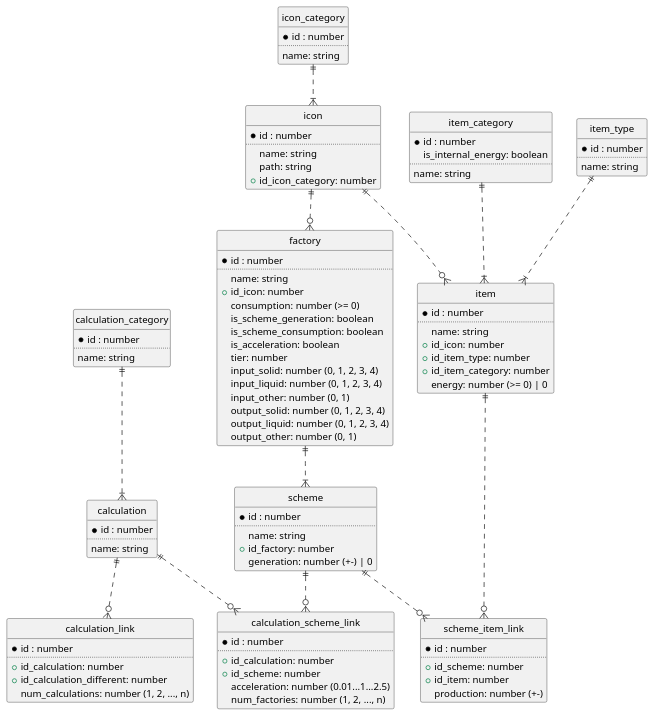
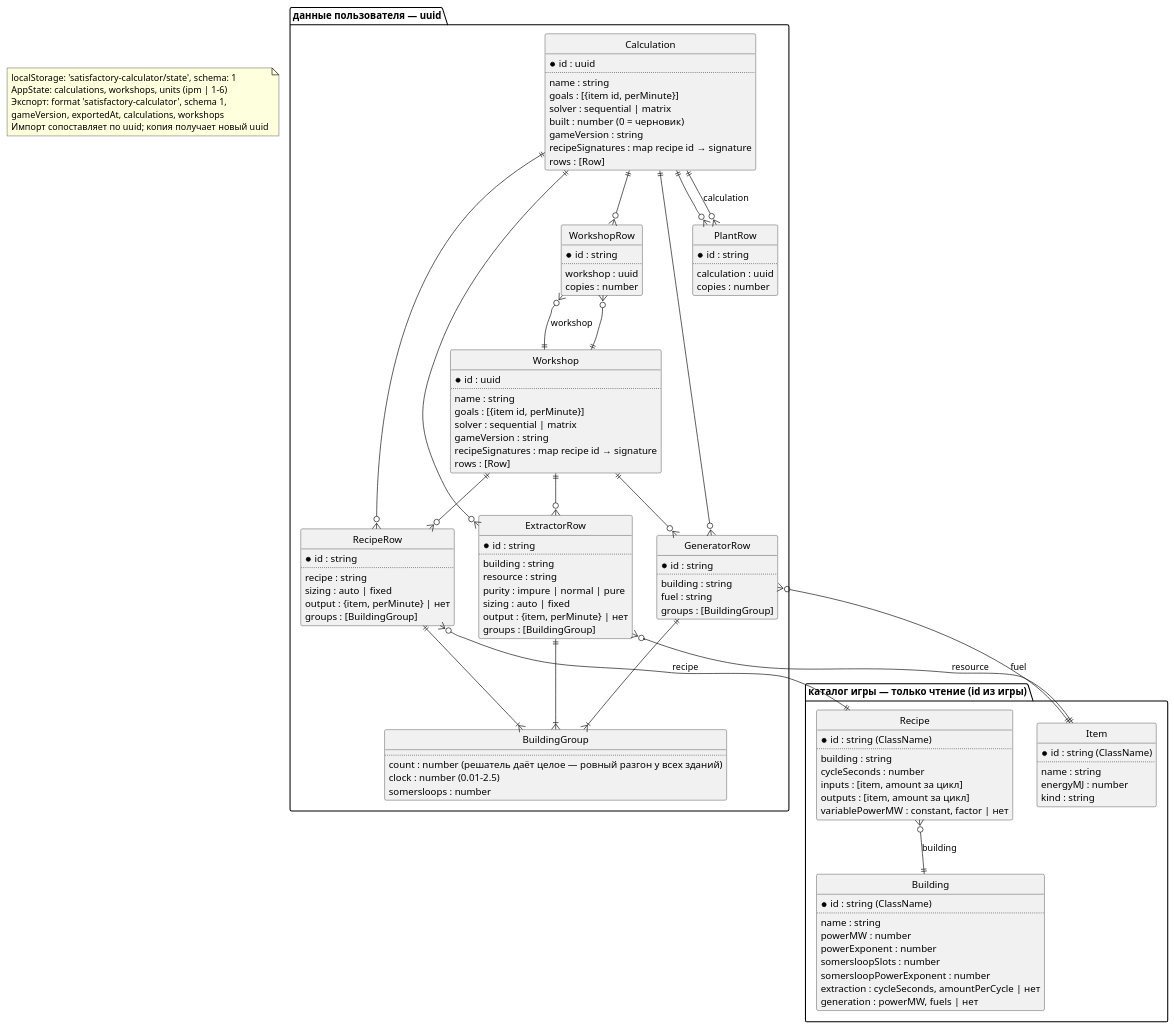
The diagram in docs/scheme/model.puml (Shahimat/SatisfactoryCalculator), drawn with PlantUML before and after one commit. The commit also changed 111 other files, not shown here.

Commit message:
feat(calc): size workshops and plants in whole copies, expand and group into plants

```diff
--- a/docs/scheme/model.puml
+++ b/docs/scheme/model.puml
@@ -1,123 +1,140 @@
 @startuml
 
-' hide the spot
+' Модель хранения в браузере: сервера нет.
+' Каталог игры — только чтение, id из игры; сущности пользователя — uuid.
 hide circle
 
-' avoid problems with angled crows feet
-' skinparam linetype ortho
+package "каталог игры — только чтение (id из игры)" {
+  entity Item {
+    *id : string (ClassName)
+    ..
+    name : string
+    energyMJ : number
+    kind : string
+  }
 
-entity item_type {
-  *id : number
-  ..
-  name: string
+  entity Building {
+    *id : string (ClassName)
+    ..
+    name : string
+    powerMW : number
+    powerExponent : number
+    somersloopSlots : number
+    somersloopPowerExponent : number
+    extraction : cycleSeconds, amountPerCycle | нет
+    generation : powerMW, fuels | нет
+  }
+
+  entity Recipe {
+    *id : string (ClassName)
+    ..
+    building : string
+    cycleSeconds : number
+    inputs : [item, amount за цикл]
+    outputs : [item, amount за цикл]
+    variablePowerMW : constant, factor | нет
+  }
 }
 
-entity item_category {
-  *id : number
-  is_internal_energy: boolean
-  ..
-  name: string
+package "данные пользователя — uuid" {
+  entity Calculation {
+    *id : uuid
+    ..
+    name : string
+    goals : [{item id, perMinute}]
+    solver : sequential | matrix
+    built : number (0 = черновик)
+    gameVersion : string
+    recipeSignatures : map recipe id → signature
+    rows : [Row]
+  }
+
+  entity Workshop {
+    *id : uuid
+    ..
+    name : string
+    goals : [{item id, perMinute}]
+    solver : sequential | matrix
+    gameVersion : string
+    recipeSignatures : map recipe id → signature
+    rows : [Row]
+  }
+
+  entity BuildingGroup {
+    ..
+    count : number (решатель даёт целое — ровный разгон у всех зданий)
+    clock : number (0.01–2.5)
+    somersloops : number
+  }
+
+  entity RecipeRow {
+    *id : string
+    ..
+    recipe : string
+    sizing : auto | fixed
+    output : {item, perMinute} | нет
+    groups : [BuildingGroup]
+  }
+
+  entity ExtractorRow {
+    *id : string
+    ..
+    building : string
+    resource : string
+    purity : impure | normal | pure
+    sizing : auto | fixed
+    output : {item, perMinute} | нет
+    groups : [BuildingGroup]
+  }
+
+  entity GeneratorRow {
+    *id : string
+    ..
+    building : string
+    fuel : string
+    groups : [BuildingGroup]
+  }
+
+  entity WorkshopRow {
+    *id : string
+    ..
+    workshop : uuid
+    copies : number
+  }
+
+  entity PlantRow {
+    *id : string
+    ..
+    calculation : uuid
+    copies : number
+  }
 }
 
-entity icon_category {
-  *id : number
-  ..
-  name: string
-}
+note as Storage
+  localStorage: 'satisfactory-calculator/state', schema: 1
+  AppState: calculations, workshops, units (ipm | 1–6)
+  Экспорт: format 'satisfactory-calculator', schema 1,
+  gameVersion, exportedAt, calculations, workshops
+  Импорт сопоставляет по uuid; копия получает новый uuid
+end note
 
-entity icon {
-  *id : number
-  ..
-  name: string
-  path: string
-  +id_icon_category: number
-}
-
-entity item {
-  *id : number
-  ..
-  name: string
-  +id_icon: number
-  +id_item_type: number
-  +id_item_category: number
-  energy: number (>= 0) | 0
-}
-
-entity factory {
-  *id : number
-  ..
-  name: string
-  +id_icon: number
-  consumption: number (>= 0)
-  is_scheme_generation: boolean
-  is_scheme_consumption: boolean
-  is_acceleration: boolean
-  tier: number
-  input_solid: number (0, 1, 2, 3, 4)
-  input_liquid: number (0, 1, 2, 3, 4)
-  input_other: number (0, 1)
-  output_solid: number (0, 1, 2, 3, 4)
-  output_liquid: number (0, 1, 2, 3, 4)
-  output_other: number (0, 1)
-}
-
-entity scheme {
-  *id : number
-  ..
-  name: string
-  +id_factory: number
-  generation: number (+-) | 0
-}
-
-entity scheme_item_link {
-  *id : number
-  ..
-  +id_scheme: number
-  +id_item: number
-  production: number (+-)
-}
-
-entity calculation {
-  *id : number
-  ..
-  name: string
-}
-
-entity calculation_category {
-  *id : number
-  ..
-  name: string
-}
-
-entity calculation_link {
-  *id : number
-  ..
-  +id_calculation: number
-  +id_calculation_different: number
-  num_calculations: number (1, 2, ..., n)
-}
-
-entity calculation_scheme_link {
-  *id : number
-  ..
-  +id_calculation: number
-  +id_scheme: number
-  acceleration: number (0.01...1...2.5)
-  num_factories: number (1, 2, ..., n)
-}
-
-icon_category ||..|{ icon
-icon ||..o{ item
-item_type ||..|{ item
-item_category ||..|{ item
-icon ||..o{ factory
-factory ||..|{ scheme
-item ||..o{ scheme_item_link
-scheme ||..o{ scheme_item_link
-
-scheme ||..o{ calculation_scheme_link
-calculation ||..o{ calculation_scheme_link
-calculation ||..o{ calculation_link
-calculation_category ||..|{ calculation
+Recipe }o--|| Building : building
+RecipeRow }o--|| Recipe : recipe
+ExtractorRow }o--|| Item : resource
+GeneratorRow }o--|| Item : fuel
+Calculation ||--o{ RecipeRow
+Calculation ||--o{ ExtractorRow
+Calculation ||--o{ GeneratorRow
+Calculation ||--o{ WorkshopRow
+Calculation ||--o{ PlantRow
+Workshop ||--o{ RecipeRow
+Workshop ||--o{ ExtractorRow
+Workshop ||--o{ GeneratorRow
+Workshop ||--o{ WorkshopRow
+WorkshopRow }o--|| Workshop : workshop
+PlantRow }o--|| Calculation : calculation
+RecipeRow ||--|{ BuildingGroup
+ExtractorRow ||--|{ BuildingGroup
+GeneratorRow ||--|{ BuildingGroup
 
 @enduml
```
